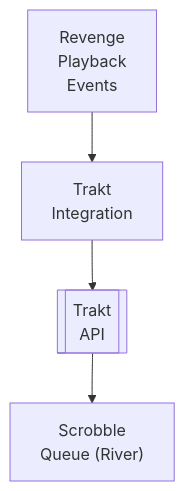
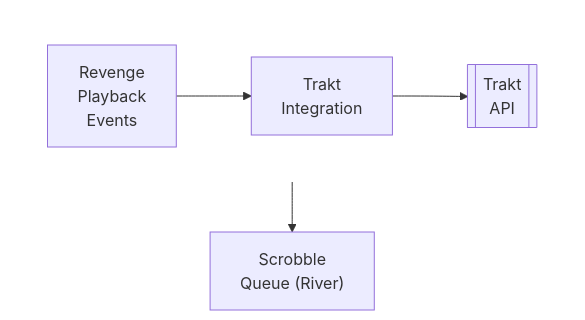
The diagram in docs/dev/design/integrations/scrobbling/TRAKT.md (lusoris/revenge), drawn with Mermaid before and after one commit. The commit also changed 210 other files, not shown here.

First line of the commit message:
feat(docs): Add horizontal layout support for Mermaid diagrams

````diff
--- a/docs/dev/design/integrations/scrobbling/TRAKT.md
+++ b/docs/dev/design/integrations/scrobbling/TRAKT.md
@@ -59,10 +59,16 @@
 ```mermaid
 flowchart TD
-    node1["Revenge<br/>Playback<br/>Events"]
-    node2["Trakt<br/>Integration"]
-    node3[["Trakt<br/>API"]]
+    subgraph row1[ ]
+        direction LR
+        node1["Revenge<br/>Playback<br/>Events"]
+        node2["Trakt<br/>Integration"]
+        node3[["Trakt<br/>API"]]
+    end
     node4["Scrobble<br/>Queue (River)"]
     node1 --> node2
     node2 --> node3
     node3 --> node4
+
+    %% Hide row subgraph borders
+    style row1 fill:transparent,stroke:transparent
 ```
````
